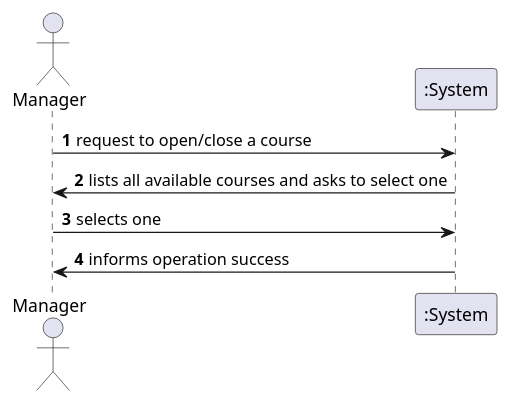
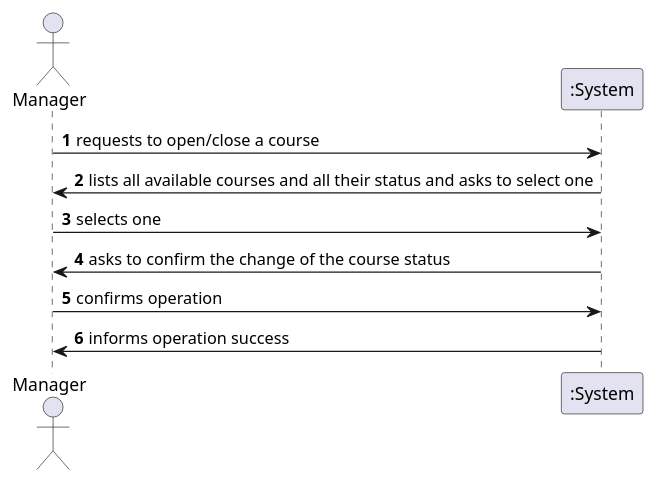
The diagram in docs/sprint-b/us10-1004/US1004_SSD.puml (miseEnPlace-dev/lapr4), drawn with PlantUML before and after one commit. The commit also changed 4 other files, not shown here.

```diff
--- a/docs/sprint-b/us10-1004/US1004_SSD.puml
+++ b/docs/sprint-b/us10-1004/US1004_SSD.puml
@@ -1,15 +1,19 @@
 @startuml US1004_SSD
 'https://plantuml.com/sequence-diagram
 actor "Manager" as manager
 participant ":System" as system
 autonumber
 
-manager -> system : request to open/close a course
+manager -> system: requests to open/close a course
 
-system -> manager : lists all available courses and asks to select one
+system -> manager: lists all available courses and all their status and asks to select one
 
 manager -> system: selects one
+
+system -> manager: asks to confirm the change of the course status
+
+manager -> system: confirms operation
 
 system -> manager: informs operation success
 
 @enduml
```
